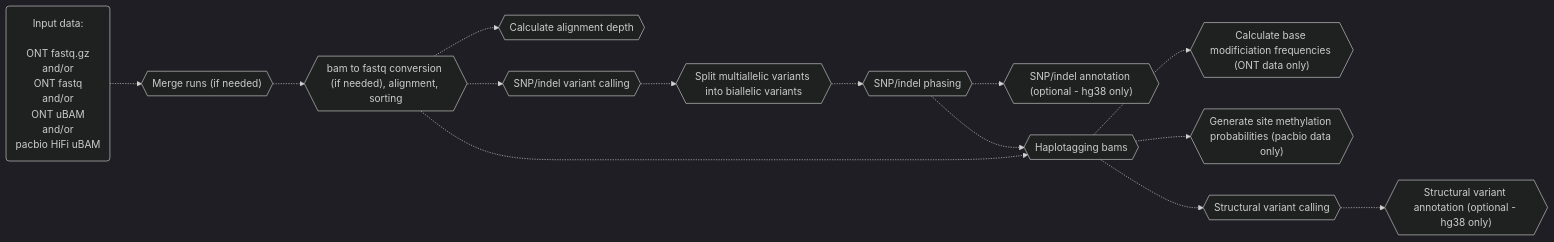
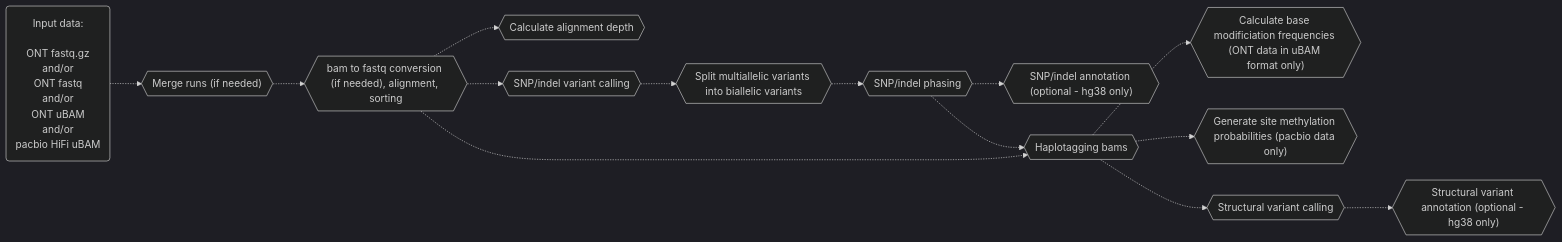
The first of 4 diagrams in README.md (leahkemp/pipeface), drawn with Mermaid before and after one commit. The commit also changed other lines of this file, not shown here.

Commit message:
fix mermaid diagram

````diff
--- a/README.md
+++ b/README.md
@@ -21,26 +21,26 @@
 ```mermaid
 %%{init: {'theme':'dark'}}%%
 flowchart LR
 
 input_data("Input data: <br><br> ONT fastq.gz <br> and/or <br> ONT fastq <br> and/or <br> ONT uBAM <br> and/or <br> pacbio HiFi uBAM")
 merging{{"Merge runs (if needed)"}}
 alignment{{"bam to fastq conversion (if needed), alignment, sorting"}}
 depth{{"Calculate alignment depth"}}
 snp_indel_calling{{"SNP/indel variant calling"}}
 split_multiallele{{"Split multiallelic variants into biallelic variants"}}
 snp_indel_phasing{{"SNP/indel phasing"}}
 snp_indel_annotation{{"SNP/indel annotation (optional - hg38 only)"}}
 haplotagging{{"Haplotagging bams"}}
-calculate_base_mod_freqs{{"Calculate base modificiation frequencies (ONT data only)"}}
+calculate_base_mod_freqs{{"Calculate base modificiation frequencies (ONT data in uBAM format only)"}}
 generate_meth_probs{{"Generate site methylation probabilities (pacbio data only)"}}
 sv_calling{{"Structural variant calling"}}
 sv_annotation{{"Structural variant annotation (optional - hg38 only)"}}
 
 input_data-.->merging-.->alignment-.->snp_indel_calling-.->split_multiallele-.->snp_indel_phasing-.->haplotagging-.->sv_calling
 alignment-.->depth
 alignment-.->haplotagging
 haplotagging-.->calculate_base_mod_freqs
 haplotagging-.->generate_meth_probs
 snp_indel_phasing-.->snp_indel_annotation
 sv_calling-.->sv_annotation
 ```
````
